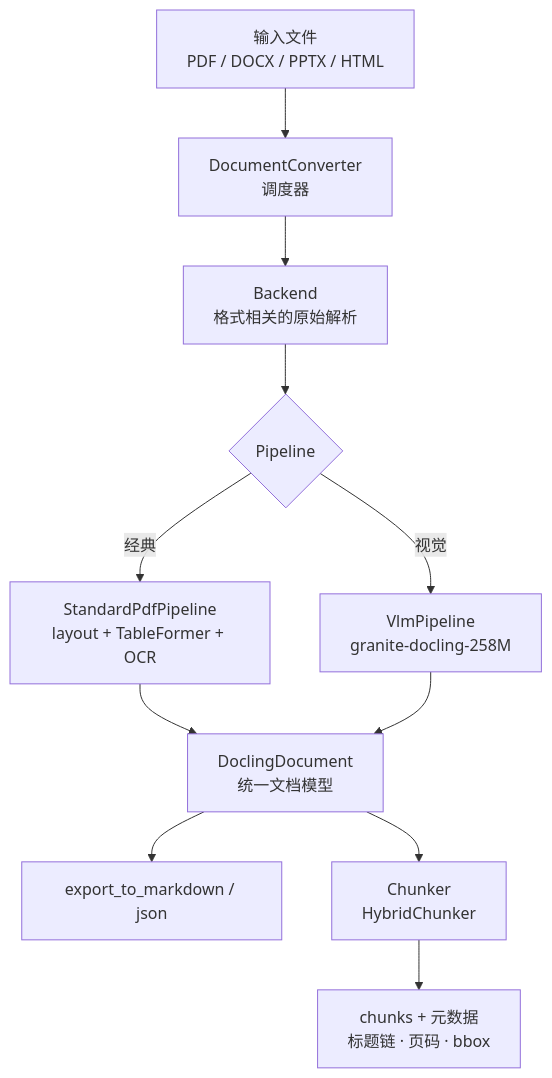
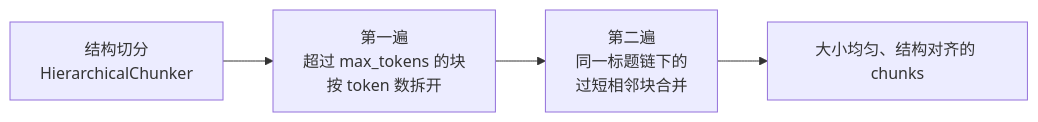
The second of 3 diagrams in docs/docling-e-pipeline.md (Zhengjunliang/multilingual-course-assistant), drawn with Mermaid before and after one commit. The commit also changed other lines of this file and 9 other files, not shown here.

````diff
--- a/docs/docling-e-pipeline.md
+++ b/docs/docling-e-pipeline.md
@@ -45,13 +116,6 @@
 ```mermaid
-flowchart TD
-    SRC[输入文件<br/>PDF / DOCX / PPTX / HTML] --> DC[DocumentConverter<br/>调度器]
-    DC --> BE[Backend<br/>格式相关的原始解析]
-    BE --> PIPE{Pipeline}
-    PIPE -->|经典| SP[StandardPdfPipeline<br/>layout + TableFormer + OCR]
-    PIPE -->|视觉| VP[VlmPipeline<br/>granite-docling-258M]
-    SP --> DOC[DoclingDocument<br/>统一文档模型]
-    VP --> DOC
-    DOC --> EXP[export_to_markdown / json]
-    DOC --> CHK[Chunker<br/>HybridChunker]
-    CHK --> OUT[chunks + 元数据<br/>标题链 · 页码 · bbox]
+flowchart LR
+    H[结构切分<br/>HierarchicalChunker] --> S[第一遍<br/>超过 max_tokens 的块<br/>按 token 数拆开]
+    S --> M[第二遍<br/>同一标题链下的<br/>过短相邻块合并]
+    M --> OUT[大小均匀、结构对齐的 chunks]
 ```
````
